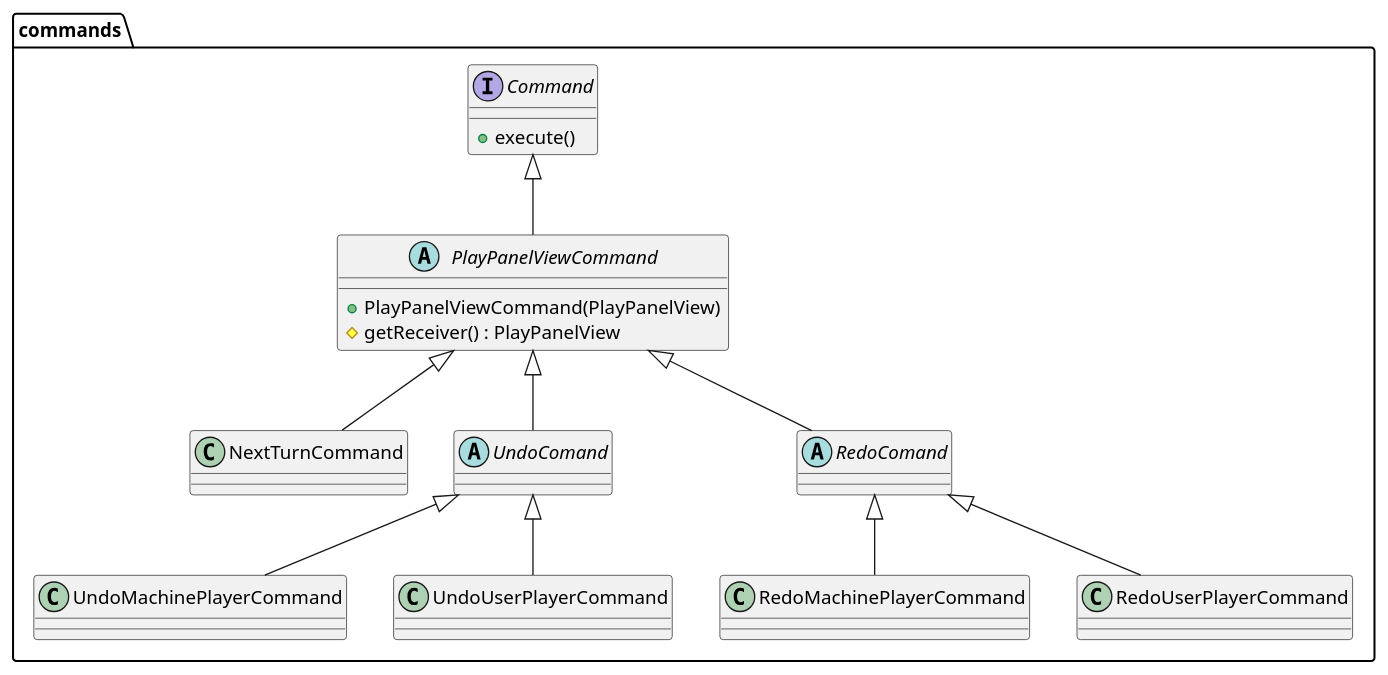
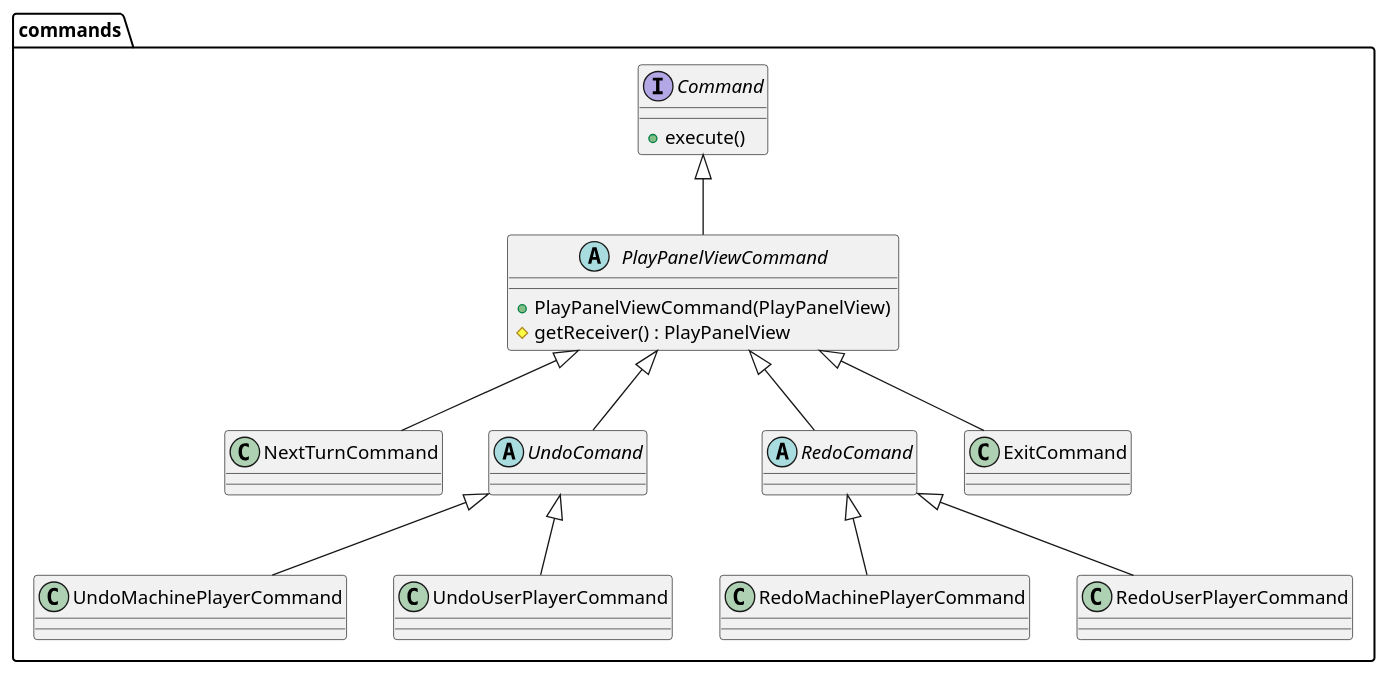
Before and after one commit to js-rom/connect4: the diagram in connect4/Docs/diagrams/src/packages/connect4.connect4.views.graphics.gameLoop.play.panel.commands.plantuml, drawn with PlantUML. The commit also changed 5 other files, not shown here.

```diff
--- a/connect4/Docs/diagrams/src/packages/connect4.connect4.views.graphics.gameLoop.play.panel.commands.plantuml
+++ b/connect4/Docs/diagrams/src/packages/connect4.connect4.views.graphics.gameLoop.play.panel.commands.plantuml
@@ -1,28 +1,30 @@
 @startuml connect4.connect4.views.graphics.commands
 
 interface commands.Command {
     +execute()
 }
 abstract class commands.PlayPanelViewCommand {
     +PlayPanelViewCommand(PlayPanelView)
     #getReceiver() : PlayPanelView
 }
 
 class commands.NextTurnCommand
 abstract class commands.UndoComand
 abstract class commands.RedoComand
 class commands.RedoMachinePlayerCommand {}
 class commands.UndoMachinePlayerCommand {}
 class commands.RedoUserPlayerCommand {}
 class commands.UndoUserPlayerCommand {}
+class commands.ExitCommand
 
 Command <|-- PlayPanelViewCommand
 PlayPanelViewCommand <|-- NextTurnCommand
 PlayPanelViewCommand <|-- UndoComand
 PlayPanelViewCommand <|-- RedoComand
+PlayPanelViewCommand <|-- ExitCommand
 UndoComand <|-- UndoMachinePlayerCommand
 UndoComand <|-- UndoUserPlayerCommand
 RedoComand <|-- RedoMachinePlayerCommand
 RedoComand <|-- RedoUserPlayerCommand
 
 @enduml
```
